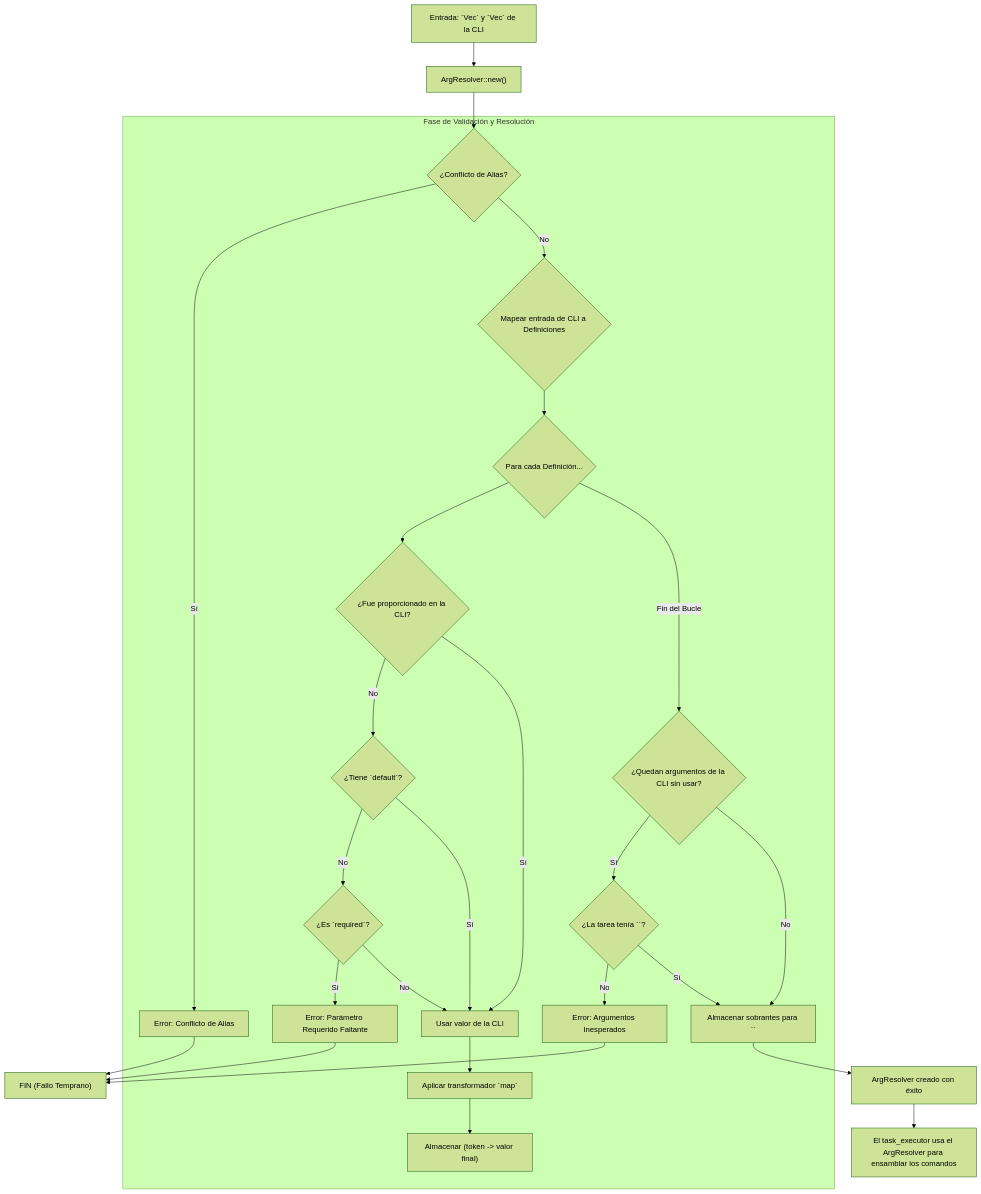
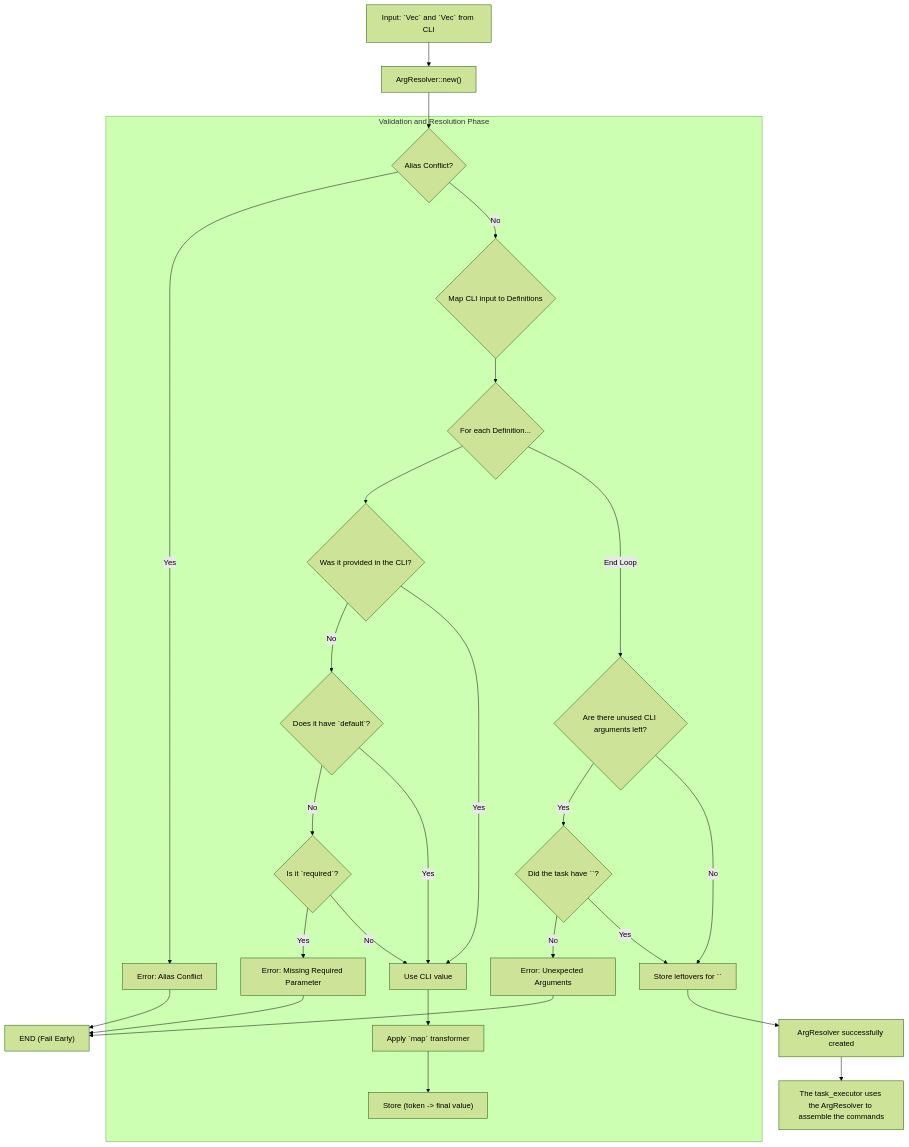
The fourth of 7 diagrams in TECNICAL.md (RetypeOS/axes), drawn with Mermaid (forest theme) before and after one commit. The commit also changed other lines of this file and 14 other files, not shown here.

````diff
--- a/TECNICAL.md
+++ b/TECNICAL.md
@@ -217,29 +224,29 @@
     ```mermaid
     graph TD
-    A["Entrada: `Vec<ParameterDef>` y `Vec<String>` de la CLI"] --> B["ArgResolver::new()"]
-    B --> C{"¿Conflicto de Alias?"}
+    A["Input: `Vec<ParameterDef>` and `Vec<String>` from CLI"] --> B["ArgResolver::new()"]
+    B --> C{"Alias Conflict?"}
 
-    subgraph "Fase de Validación y Resolución"
-        C -- Sí --> Z1["Error: Conflicto de Alias"]
-        C -- No --> D{"Mapear entrada de CLI a Definiciones"}
-        D --> E{"Para cada Definición..."}
-        E --> F{"¿Fue proporcionado en la CLI?"}
-        F -- No --> G{"¿Tiene `default`?"}
-        F -- Sí --> H["Usar valor de la CLI"]
-        G -- No --> I{"¿Es `required`?"}
-        G -- Sí --> H
-        I -- Sí --> Z2["Error: Parámetro Requerido Faltante"]
+    subgraph "Validation and Resolution Phase"
+        C -- Yes --> Z1["Error: Alias Conflict"]
+        C -- No --> D{"Map CLI input to Definitions"}
+        D --> E{"For each Definition..."}
+        E --> F{"Was it provided in the CLI?"}
+        F -- No --> G{"Does it have `default`?"}
+        F -- Yes --> H["Use CLI value"]
+        G -- No --> I{"Is it `required`?"}
+        G -- Yes --> H
+        I -- Yes --> Z2["Error: Missing Required Parameter"]
         I -- No --> H
-        H --> J["Aplicar transformador `map`"]
-        J --> K["Almacenar (token -> valor final)"]
-        E -- Fin del Bucle --> L{"¿Quedan argumentos de la CLI sin usar?"}
-        L -- Sí --> M{"¿La tarea tenía `<axes::params>`?"}
-        M -- No --> Z3["Error: Argumentos Inesperados"]
-        M -- Sí --> N["Almacenar sobrantes para `<axes::params>`"]
+        H --> J["Apply `map` transformer"]
+        J --> K["Store (token -> final value)"]
+        E -- End Loop --> L{"Are there unused CLI arguments left?"}
+        L -- Yes --> M{"Did the task have `<axes::params>`?"}
+        M -- No --> Z3["Error: Unexpected Arguments"]
+        M -- Yes --> N["Store leftovers for `<axes::params>`"]
         L -- No --> N
     end
 
-    N --> O["ArgResolver creado con éxito"]
-    Z1 & Z2 & Z3 --> Z["FIN (Fallo Temprano)"]
-    O --> P["El task_executor usa el ArgResolver para ensamblar los comandos"]
+    N --> O["ArgResolver successfully created"]
+    Z1 & Z2 & Z3 --> Z["END (Fail Early)"]
+    O --> P["The task_executor uses the ArgResolver to assemble the commands"]
     ```
````
